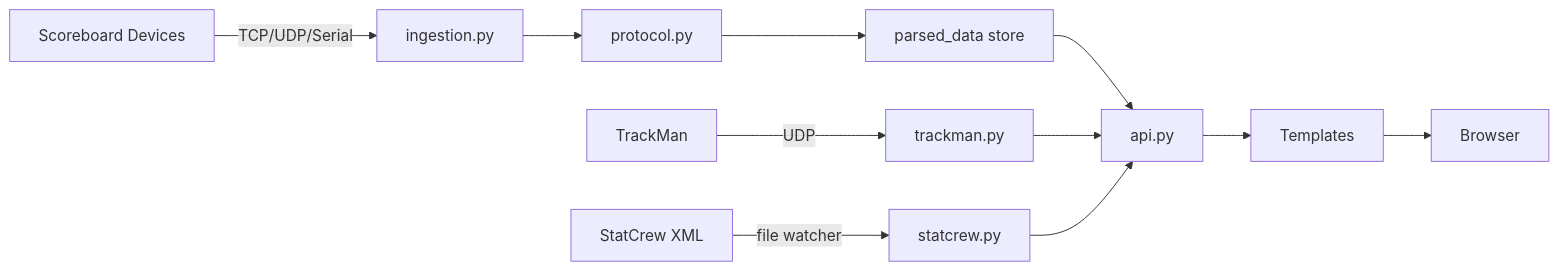
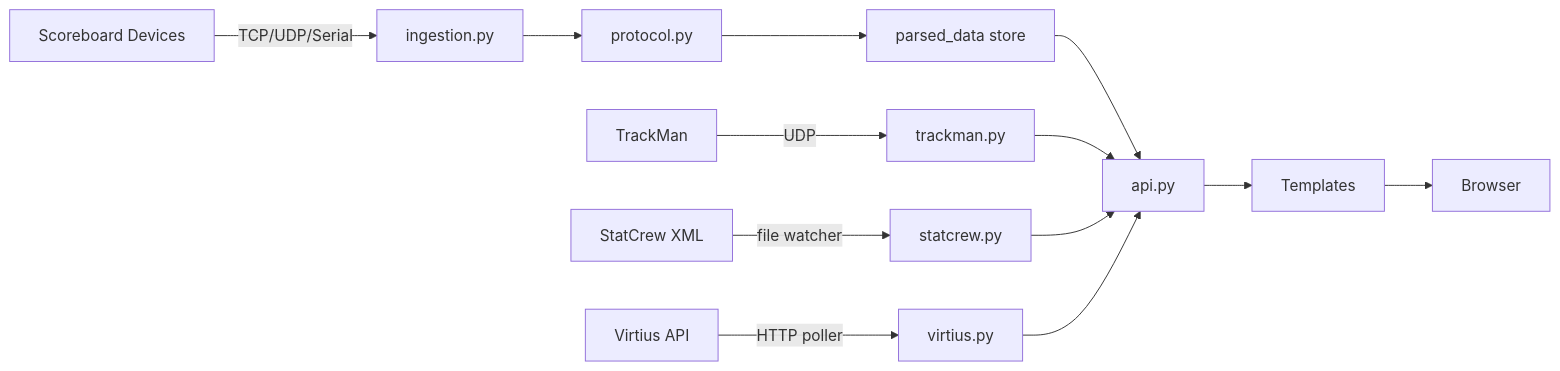
The diagram in docs/Project.md (furrymayo/unc-virtual-score-server), drawn with Mermaid before and after one commit. The commit also changed other lines of this file and 6 other files, not shown here.

````diff
--- a/docs/Project.md
+++ b/docs/Project.md
@@ -80,13 +91,15 @@
 ```mermaid
 flowchart LR
   A[Scoreboard Devices] -->|TCP/UDP/Serial| B[ingestion.py]
   B --> C[protocol.py]
   C --> D[parsed_data store]
   E[TrackMan] -->|UDP| F[trackman.py]
   G[StatCrew XML] -->|file watcher| H[statcrew.py]
+  L[Virtius API] -->|HTTP poller| M[virtius.py]
   D --> I[api.py]
   F --> I
   H --> I
+  M --> I
   I --> J[Templates]
   J --> K[Browser]
 ```
````
